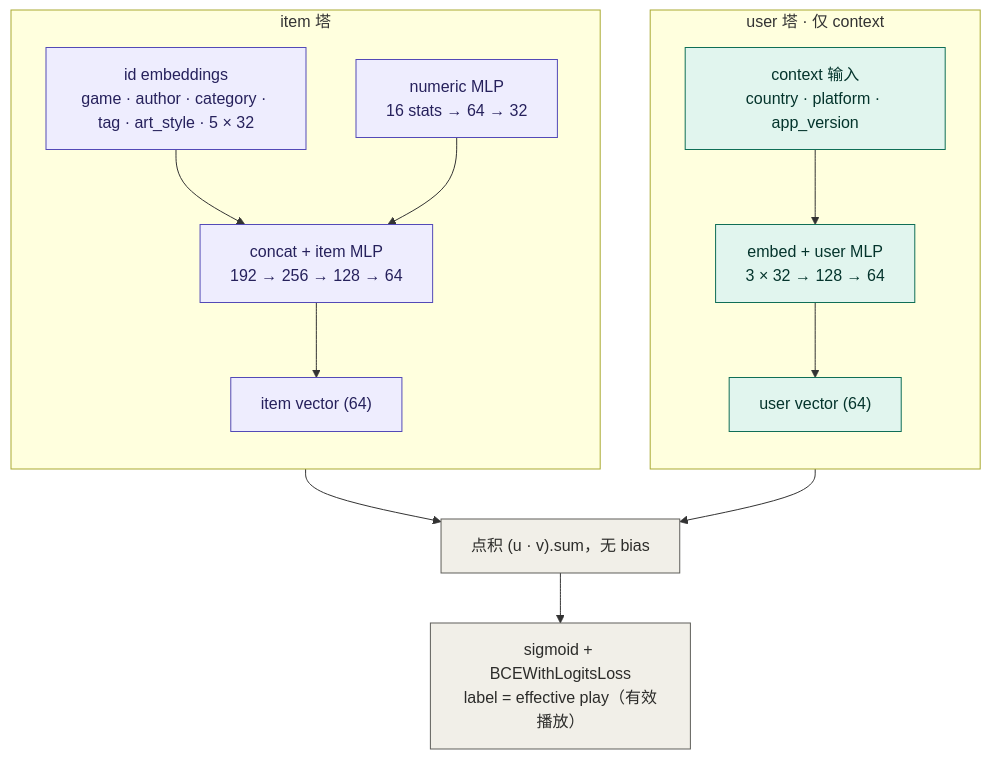
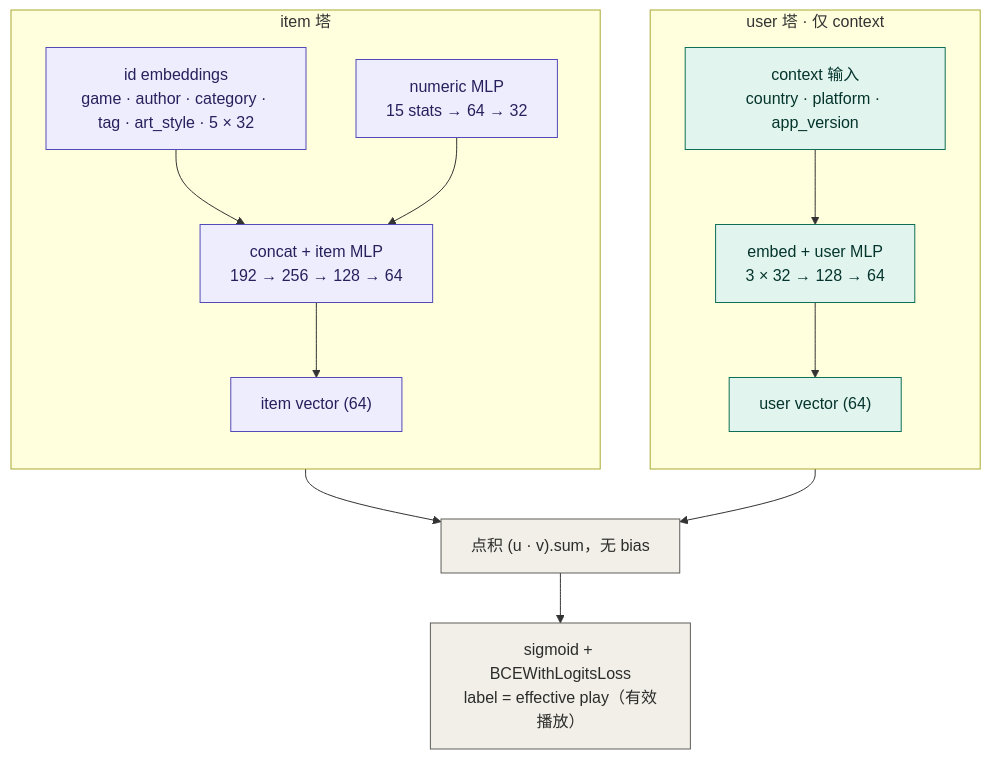
The second of 2 diagrams in README.md (rezona-ai/rezona-reco-model), drawn with Mermaid before and after one commit. The commit also changed other lines of this file and 16 other files, not shown here.

````diff
--- a/README.md
+++ b/README.md
@@ -53,32 +58,32 @@
 ```mermaid
 flowchart TD
     subgraph UT["user 塔 · 仅 context"]
         direction TB
         UC["context 输入<br/>country · platform · app_version"]
         UM["embed + user MLP<br/>3 × 32 → 128 → 64"]
         UV["user vector (64)"]
         UC --> UM --> UV
     end
     subgraph IT["item 塔"]
         direction TB
         IE["id embeddings<br/>game · author · category · tag · art_style · 5 × 32"]
-        IN["numeric MLP<br/>16 stats → 64 → 32"]
+        IN["numeric MLP<br/>15 stats → 64 → 32"]
         IM["concat + item MLP<br/>192 → 256 → 128 → 64"]
         IV["item vector (64)"]
         IE --> IM
         IN --> IM
         IM --> IV
     end
     DOT["点积 (u · v).sum，无 bias"]
     LOSS["sigmoid + BCEWithLogitsLoss<br/>label = effective play（有效播放）"]
     UV --> DOT
     IV --> DOT
     DOT --> LOSS
 
     classDef user fill:#E1F5EE,stroke:#0F6E56,color:#04342C;
     classDef item fill:#EEEDFE,stroke:#534AB7,color:#26215C;
     classDef head fill:#F1EFE8,stroke:#5F5E5A,color:#2C2C2A;
     class UC,UM,UV user;
     class IE,IN,IM,IV item;
     class DOT,LOSS head;
 ```
````
